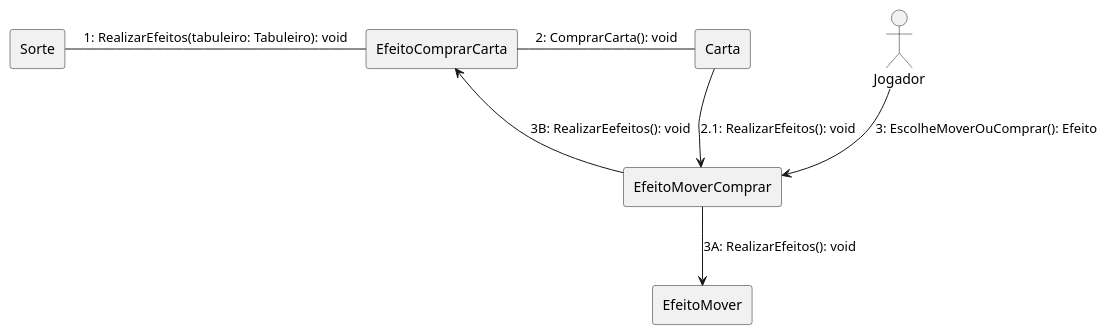
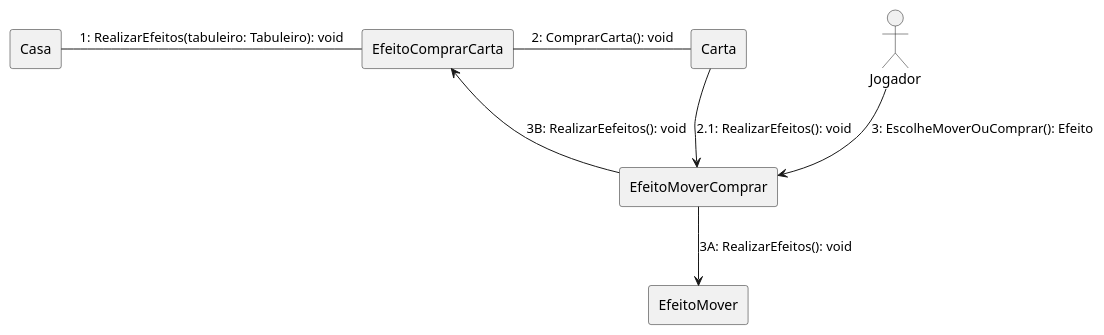
Before and after one commit to rogerpcto/ProjetoDeSoftware-UFF: the diagram in Documentação/diagrama-comunicacao-Realiza-Efeito-Carta.plantuml, drawn with PlantUML. The commit also changed 2 other files, not shown here.

```diff
--- a/Documentação/diagrama-comunicacao-Realiza-Efeito-Carta.plantuml
+++ b/Documentação/diagrama-comunicacao-Realiza-Efeito-Carta.plantuml
@@ -1,22 +1,22 @@
 @startuml comunicacao
 
 skinparam linestyle ortho
 
-rectangle "Sorte" as one
+rectangle "Casa" as one
 rectangle "Carta" as two
 rectangle "EfeitoComprarCarta" as three
 rectangle "EfeitoMoverComprar" as four
 rectangle "EfeitoMover" as five
 Actor "Jogador" as jogador
 
 one -right- three: 1: RealizarEfeitos(tabuleiro: Tabuleiro): void
 
 three -right- two: 2: ComprarCarta(): void
 
 two --> four: 2.1: RealizarEfeitos(): void
 
 jogador --> four: 3: EscolheMoverOuComprar(): Efeito
 four --> five: 3A: RealizarEfeitos(): void
 four --> three: 3B: RealizarEefeitos(): void
 
 @enduml
```
